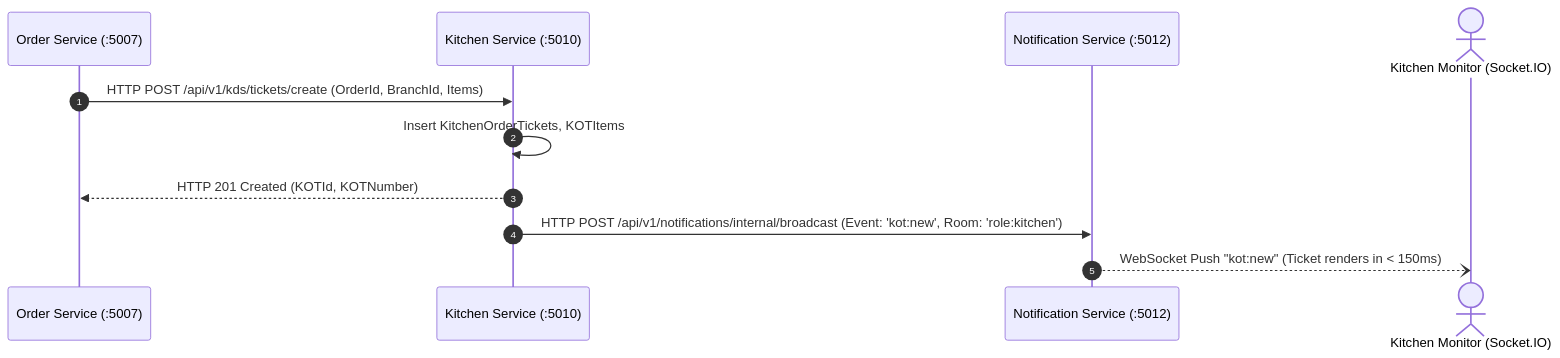
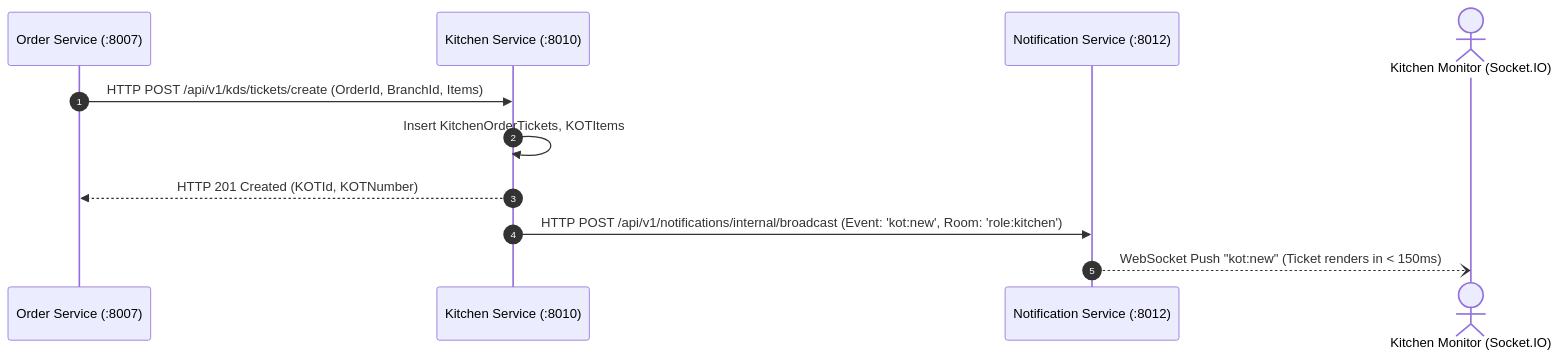
Before and after one commit to kishore-9959/restaurant-management-system: the second of 3 diagrams in documentation/SERVICE_COMMUNICATION.md, drawn with Mermaid. The commit also changed other lines of this file and 125 other files, not shown here.

````diff
--- a/documentation/SERVICE_COMMUNICATION.md
+++ b/documentation/SERVICE_COMMUNICATION.md
@@ -136,14 +136,14 @@
 ```mermaid
 sequenceDiagram
     autonumber
-    participant Order as Order Service (:5007)
-    participant Kitchen as Kitchen Service (:5010)
-    participant Notif as Notification Service (:5012)
+    participant Order as Order Service (:8007)
+    participant Kitchen as Kitchen Service (:8010)
+    participant Notif as Notification Service (:8012)
     actor KDSClient as Kitchen Monitor (Socket.IO)
 
     Order->>Kitchen: HTTP POST /api/v1/kds/tickets/create (OrderId, BranchId, Items)
     Kitchen->>Kitchen: Insert KitchenOrderTickets, KOTItems
     Kitchen-->>Order: HTTP 201 Created (KOTId, KOTNumber)
     Kitchen->>Notif: HTTP POST /api/v1/notifications/internal/broadcast (Event: 'kot:new', Room: 'role:kitchen')
     Notif--)KDSClient: WebSocket Push "kot:new" (Ticket renders in < 150ms)
 ```
````
